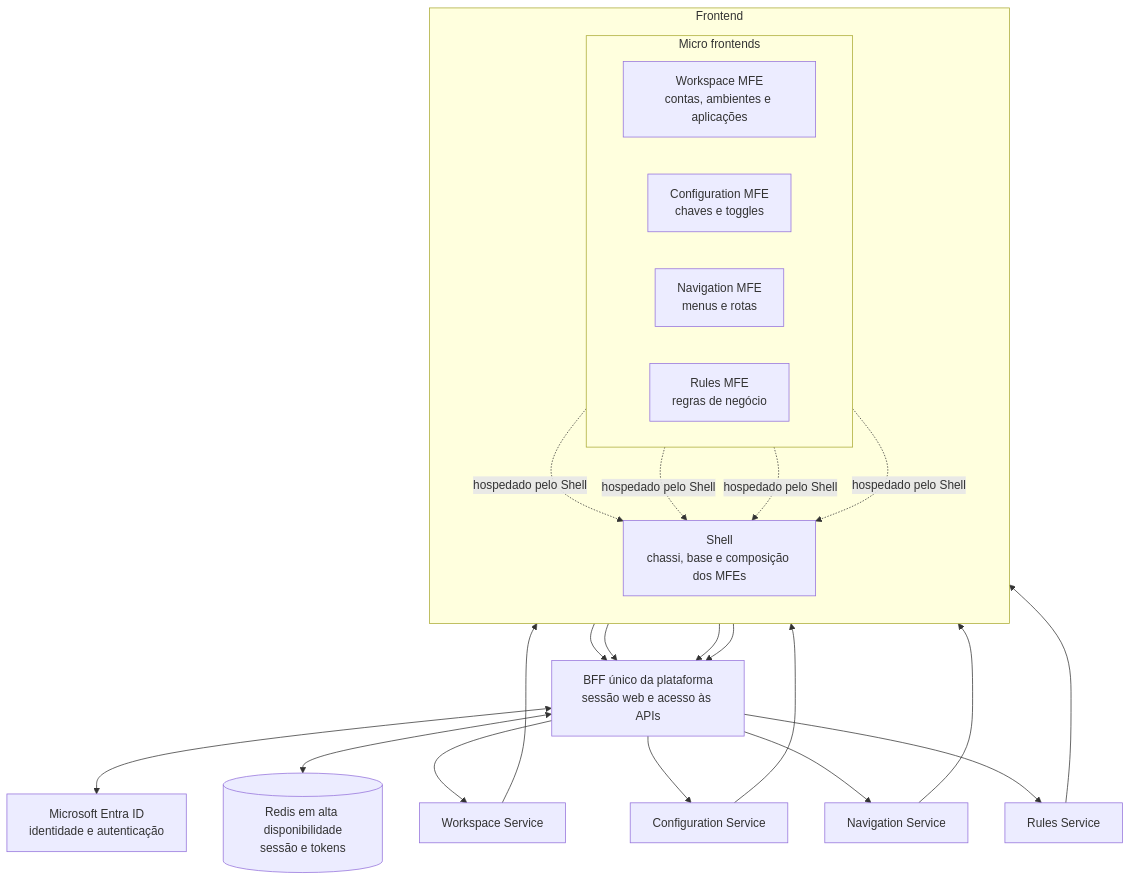
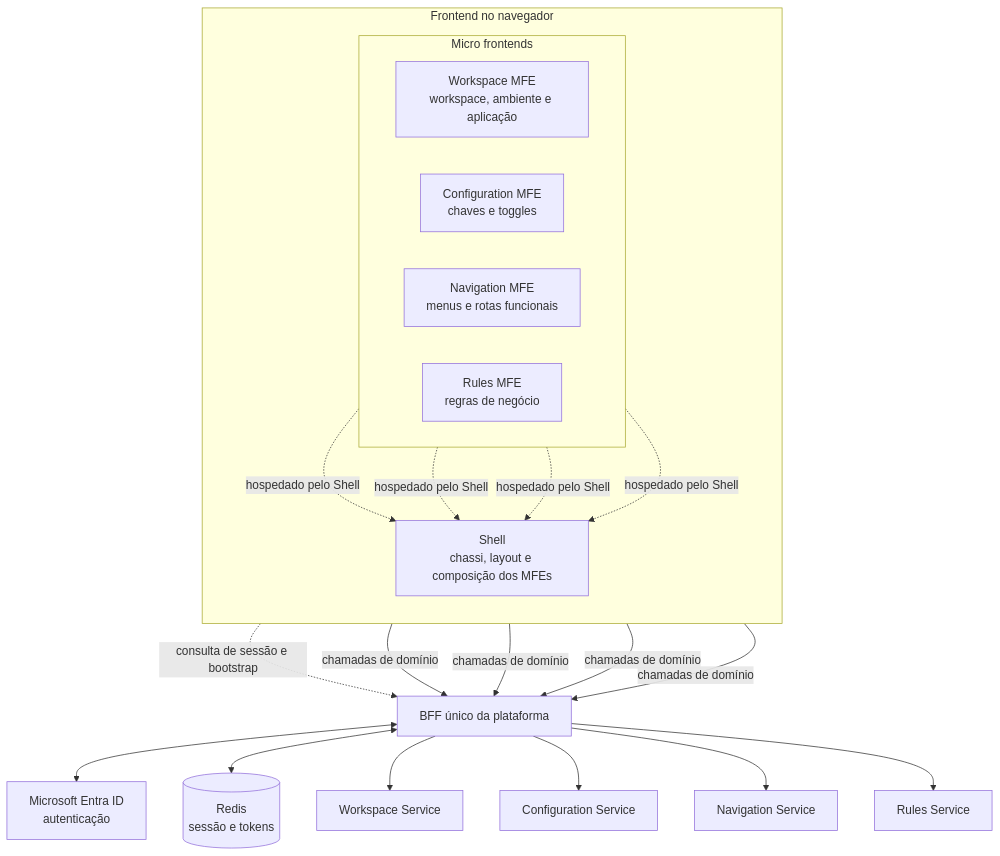
Before and after one commit to BrunoBS/guideline-java: the first of 4 diagrams in docs/refinamento/18-micro-frontends/apresentacao-visao-geral.md, drawn with Mermaid. The commit also changed other lines of this file, not shown here.

```diff
--- a/docs/refinamento/18-micro-frontends/apresentacao-visao-geral.md
+++ b/docs/refinamento/18-micro-frontends/apresentacao-visao-geral.md
@@ -9,37 +9,33 @@
 ~~~mermaid
 flowchart TB
-  subgraph FRONTEND["Frontend"]
+  subgraph FRONTEND["Frontend no navegador"]
     direction TB
     subgraph MFES["Micro frontends"]
       direction LR
-      WS["Workspace MFE<br/>contas, ambientes e aplicações"]
+      WS["Workspace MFE<br/>workspace, ambiente e aplicação"]
       CFG["Configuration MFE<br/>chaves e toggles"]
-      NAV["Navigation MFE<br/>menus e rotas"]
+      NAV["Navigation MFE<br/>menus e rotas funcionais"]
       RULES["Rules MFE<br/>regras de negócio"]
     end
-    SHELL["Shell<br/>chassi, base e composição dos MFEs"]
+    SHELL["Shell<br/>chassi, layout e composição dos MFEs"]
   end
 
   WS -. "hospedado pelo Shell" .-> SHELL
   CFG -. "hospedado pelo Shell" .-> SHELL
   NAV -. "hospedado pelo Shell" .-> SHELL
   RULES -. "hospedado pelo Shell" .-> SHELL
 
-  WS --> BFF["BFF único da plataforma<br/>sessão web e acesso às APIs"]
-  CFG --> BFF
-  NAV --> BFF
-  RULES --> BFF
+  SHELL -. "consulta de sessão e bootstrap" .-> BFF["BFF único da plataforma"]
+  WS -->|"chamadas de domínio"| BFF
+  CFG -->|"chamadas de domínio"| BFF
+  NAV -->|"chamadas de domínio"| BFF
+  RULES -->|"chamadas de domínio"| BFF
 
-  BFF <--> ENTRA["Microsoft Entra ID<br/>identidade e autenticação"]
-  BFF <--> REDIS[("Redis em alta disponibilidade<br/>sessão e tokens")]
+  BFF <--> ENTRA["Microsoft Entra ID<br/>autenticação"]
+  BFF <--> REDIS[("Redis<br/>sessão e tokens")]
 
   BFF --> WSAPI["Workspace Service"]
   BFF --> CFGAPI["Configuration Service"]
   BFF --> NAVAPI["Navigation Service"]
   BFF --> RULESAPI["Rules Service"]
-
-  WSAPI --> WS
-  CFGAPI --> CFG
-  NAVAPI --> NAV
-  RULESAPI --> RULES
 ~~~
```
